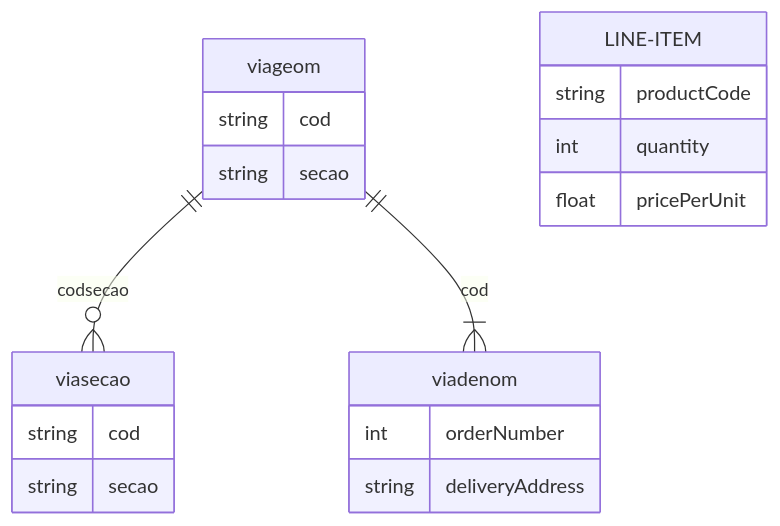
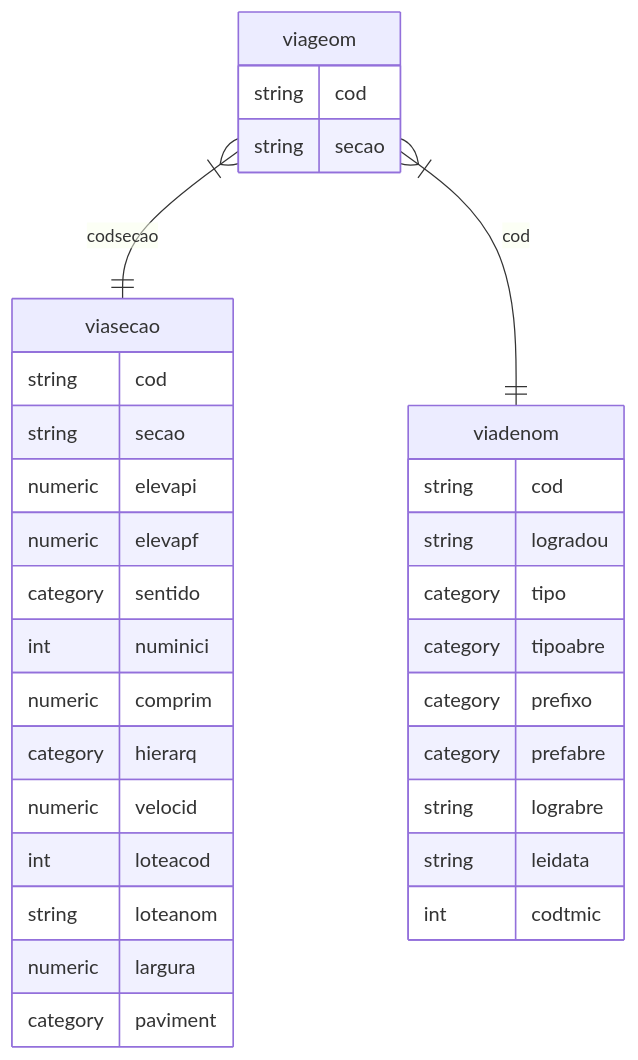
One commit to jaceguay/notes changed the diagram in urb/sistema_viario.md. Above: the diagram before and after it, drawn with Mermaid. The commit also changed other lines of this file and 2 other files, not shown here.

````diff
--- a/urb/sistema_viario.md
+++ b/urb/sistema_viario.md
@@ -9,22 +3,35 @@
 ```mermaid
 erDiagram
-    viageom ||--o{ viasecao : codsecao
-    viageom {
-        string cod
-        string secao
-    }
-    viasecao {
-        string cod
-        string secao
-    }
-    viageom ||--|{ viadenom : cod
-    viadenom {
-        int orderNumber
-        string deliveryAddress
-    }
-    LINE-ITEM {
-        string productCode
-        int quantity
-        float pricePerUnit
-    }
+   viageom }|--|| viasecao : codsecao
+   viageom {
+       string cod
+       string secao
+   }
+   viasecao {
+       string cod
+       string secao
+       numeric elevapi
+       numeric elevapf
+       category sentido
+       int numinici
+       numeric comprim
+       category hierarq
+       numeric velocid
+       int loteacod
+       string loteanom
+       numeric largura
+       category paviment
+   }
+   viageom }|--|| viadenom : cod
+   viadenom {
+       string cod
+       string logradou
+       category tipo
+       category tipoabre
+       category prefixo
+       category prefabre
+       string lograbre
+       string leidata
+       int codtmic
+   }
 ```
````
